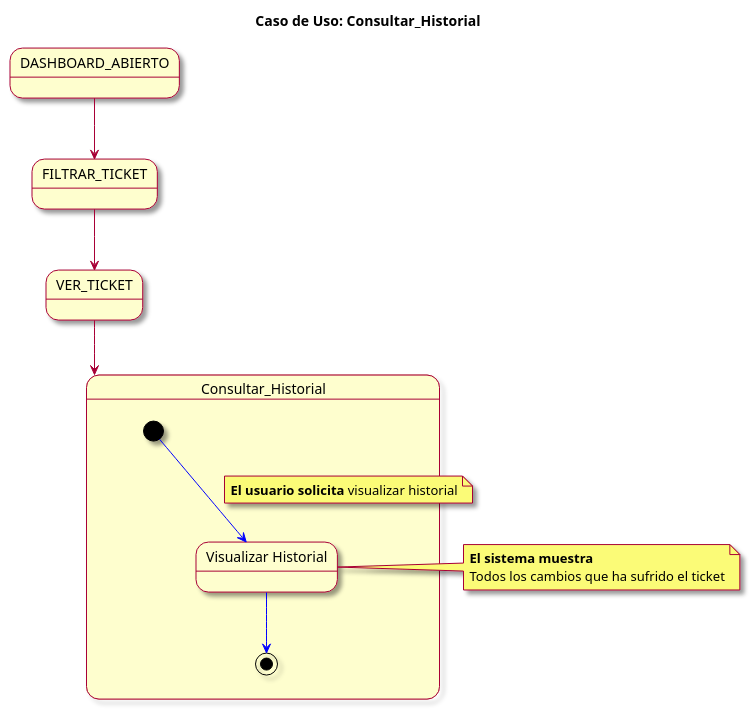
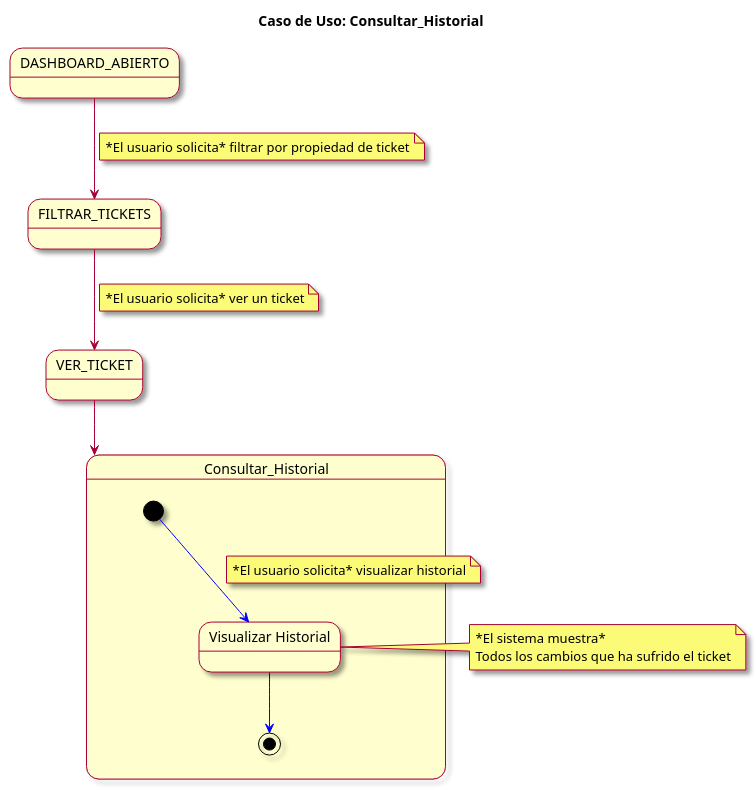
Before and after one commit to mmasias/23-24-IdSw1-SDR: the diagram in modelosUML/CasosDeUsos/CasosDetallados/ConsultarHistorial.puml, drawn with PlantUML.

Commit message:
consultar historial

```diff
--- a/modelosUML/CasosDeUsos/CasosDetallados/ConsultarHistorial.puml
+++ b/modelosUML/CasosDeUsos/CasosDetallados/ConsultarHistorial.puml
@@ -1,25 +1,27 @@
 @startuml
 skin rose
 title Caso de Uso: Consultar_Historial
 
 state DASHBOARD_ABIERTO
 
 
-DASHBOARD_ABIERTO --> FILTRAR_TICKET
-FILTRAR_TICKET --> VER_TICKET
+DASHBOARD_ABIERTO --> FILTRAR_TICKETS
+note on link: *El usuario solicita* filtrar por propiedad de ticket
+FILTRAR_TICKETS --> VER_TICKET
+note on link: *El usuario solicita* ver un ticket
 VER_TICKET --> Consultar_Historial
 
 state Consultar_Historial {
   [*] -[#blue]-> visualizarHistorial
-  note on link: **El usuario solicita** visualizar historial
+  note on link: *El usuario solicita* visualizar historial
   state "Visualizar Historial" as visualizarHistorial
   visualizarHistorial -[#blue]-> [*]
 }
 
 note right of visualizarHistorial
-  **El sistema muestra**
+  *El sistema muestra*
   Todos los cambios que ha sufrido el ticket
 end note
 
 
 @enduml
```
